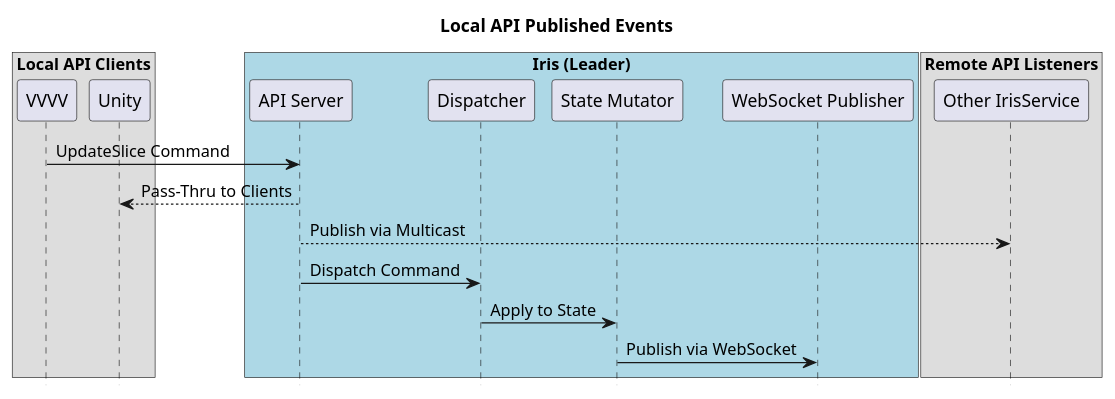
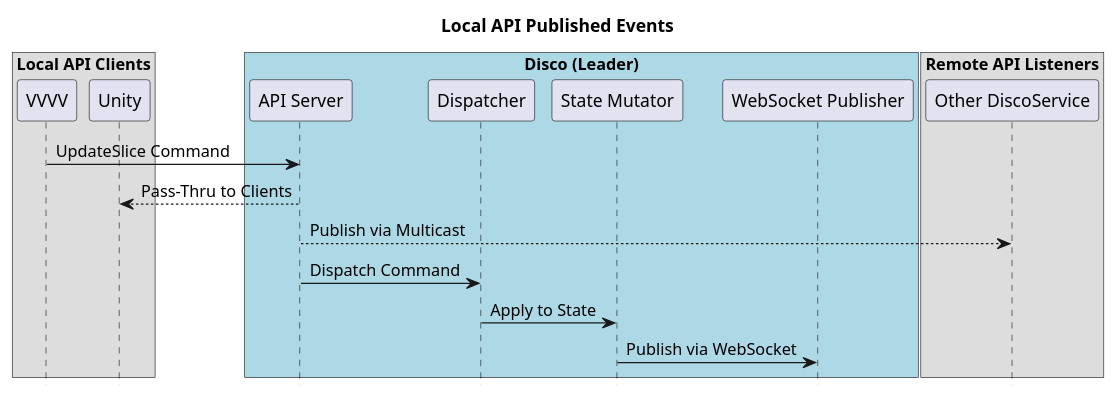
One commit to dis-co/disco changed the fourth of 5 diagrams in docs/diagrams/events.org. Above: the diagram before and after it, drawn with PlantUML. The commit also changed other lines of this file and 498 other files, not shown here.

```diff
--- a/docs/diagrams/events.org
+++ b/docs/diagrams/events.org
@@ -122,28 +122,28 @@
 #+BEGIN_SRC plantuml :file png/local_api_published_events.png :tangle uml/local_api_published_events.plantuml
 title Local API Published Events
 
 hide footbox
 
 box "Local API Clients"
     participant "VVVV"  as A
     participant "Unity" as B
 end box
 
-box "Iris (Leader)" #LightBlue
+box "Disco (Leader)" #LightBlue
     participant "API Server"          as C
     participant "Dispatcher"          as D
     participant "State Mutator"       as E
     participant "WebSocket Publisher" as F
 end box
 
 box "Remote API Listeners"
-    participant "Other IrisService" as G
+    participant "Other DiscoService" as G
 end box
 
 A -> C: UpdateSlice Command
 B <-- C: Pass-Thru to Clients
 C --> G: Publish via Multicast
 C -> D: Dispatch Command
 D -> E: Apply to State
 E -> F: Publish via WebSocket
 #+END_SRC
```
